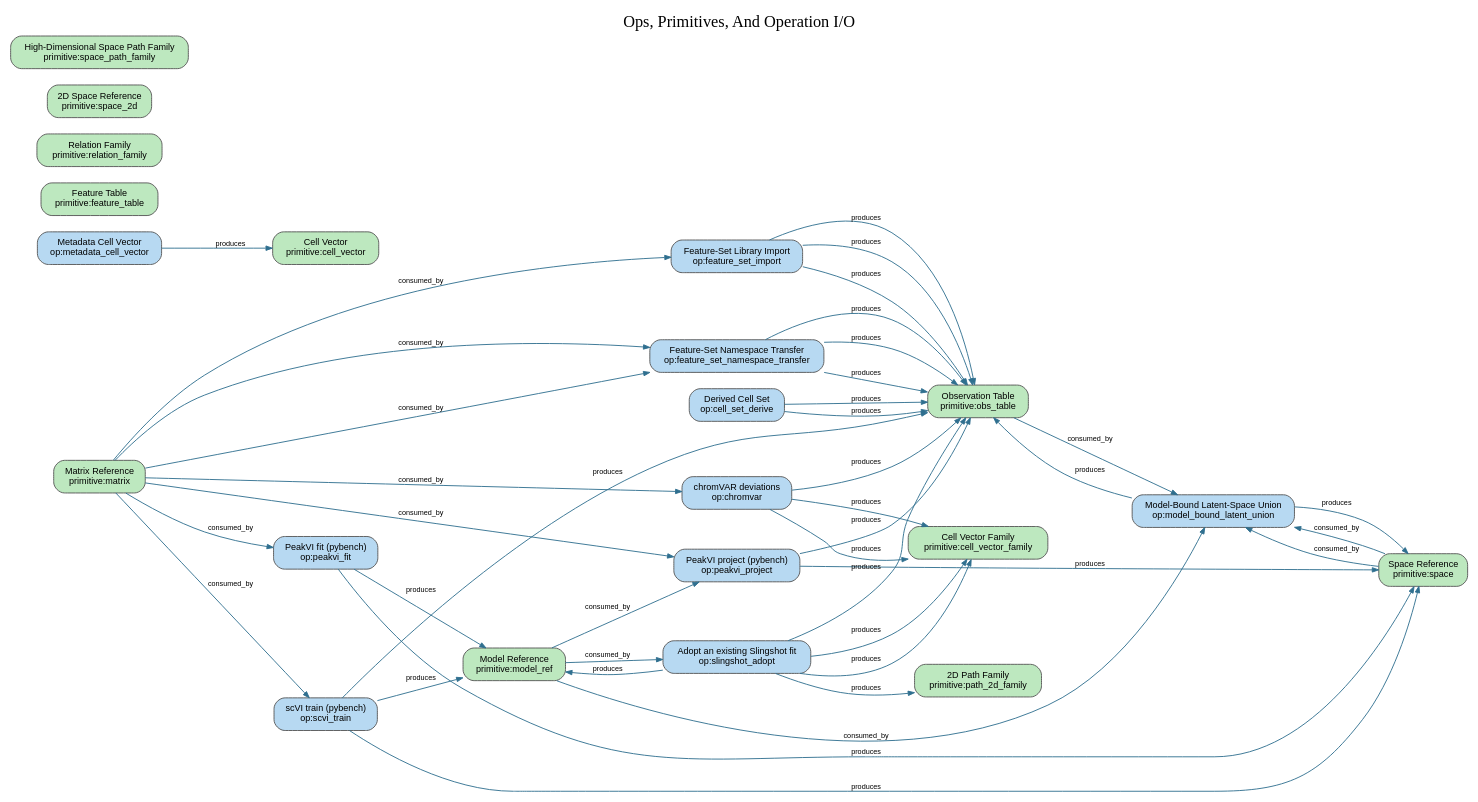
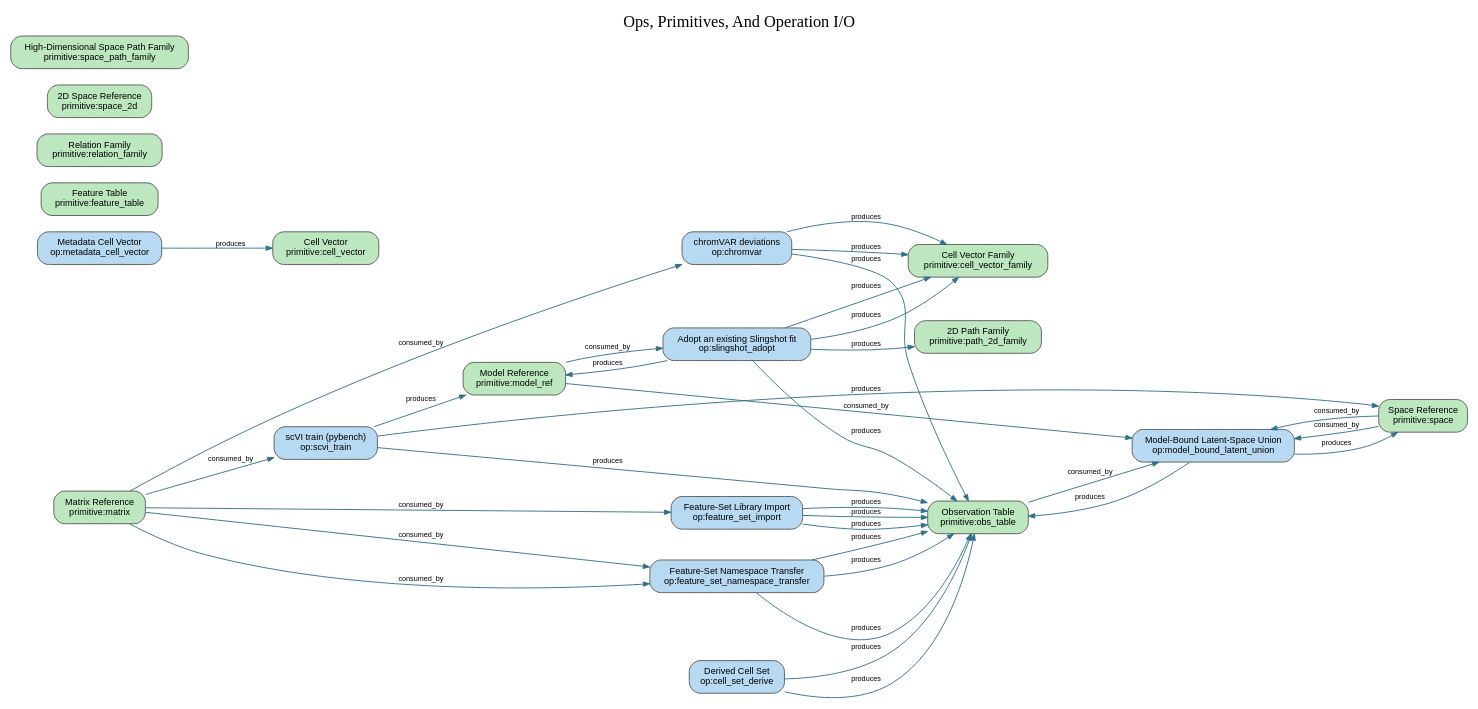
The diagram in docs/semantic_graphs/semantic_graph_ops_primitives.dot (Tingvall/scworkbench), drawn with Graphviz before and after one commit. The commit also changed 47 other files, not shown here.

```diff
--- a/docs/semantic_graphs/semantic_graph_ops_primitives.dot
+++ b/docs/semantic_graphs/semantic_graph_ops_primitives.dot
@@ -1,68 +1,59 @@
 digraph scworkbench_semantic_graph {
   graph [rankdir=LR, overlap=false, splines=true, bgcolor="white"];
   node [shape=box, style="rounded,filled", fontname="Helvetica", fontsize=10, color="#555555"];
   edge [fontname="Helvetica", fontsize=8, arrowsize=0.7];
   label="Ops, Primitives, And Operation I/O";
   labelloc="t";
   fontsize=18;
   n1 [label="Derived Cell Set\nop:cell_set_derive", fillcolor="#b7d9f2"];
   n2 [label="chromVAR deviations\nop:chromvar", fillcolor="#b7d9f2"];
   n3 [label="Feature-Set Library Import\nop:feature_set_import", fillcolor="#b7d9f2"];
   n4 [label="Feature-Set Namespace Transfer\nop:feature_set_namespace_transfer", fillcolor="#b7d9f2"];
   n5 [label="Metadata Cell Vector\nop:metadata_cell_vector", fillcolor="#b7d9f2"];
   n6 [label="Model-Bound Latent-Space Union\nop:model_bound_latent_union", fillcolor="#b7d9f2"];
-  n7 [label="PeakVI fit (pybench)\nop:peakvi_fit", fillcolor="#b7d9f2"];
-  n8 [label="PeakVI project (pybench)\nop:peakvi_project", fillcolor="#b7d9f2"];
-  n9 [label="scVI train (pybench)\nop:scvi_train", fillcolor="#b7d9f2"];
-  n10 [label="Adopt an existing Slingshot fit\nop:slingshot_adopt", fillcolor="#b7d9f2"];
-  n11 [label="Cell Vector\nprimitive:cell_vector", fillcolor="#bde8bf"];
-  n12 [label="Cell Vector Family\nprimitive:cell_vector_family", fillcolor="#bde8bf"];
-  n13 [label="Feature Table\nprimitive:feature_table", fillcolor="#bde8bf"];
-  n14 [label="Matrix Reference\nprimitive:matrix", fillcolor="#bde8bf"];
-  n15 [label="Model Reference\nprimitive:model_ref", fillcolor="#bde8bf"];
-  n16 [label="Observation Table\nprimitive:obs_table", fillcolor="#bde8bf"];
-  n17 [label="2D Path Family\nprimitive:path_2d_family", fillcolor="#bde8bf"];
-  n18 [label="Relation Family\nprimitive:relation_family", fillcolor="#bde8bf"];
-  n19 [label="Space Reference\nprimitive:space", fillcolor="#bde8bf"];
-  n20 [label="2D Space Reference\nprimitive:space_2d", fillcolor="#bde8bf"];
-  n21 [label="High-Dimensional Space Path Family\nprimitive:space_path_family", fillcolor="#bde8bf"];
-  n14 -> n2 [label="consumed_by", color="#2f6f8f"];
-  n14 -> n3 [label="consumed_by", color="#2f6f8f"];
-  n14 -> n4 [label="consumed_by", color="#2f6f8f"];
-  n14 -> n4 [label="consumed_by", color="#2f6f8f"];
-  n14 -> n7 [label="consumed_by", color="#2f6f8f"];
-  n14 -> n8 [label="consumed_by", color="#2f6f8f"];
-  n14 -> n9 [label="consumed_by", color="#2f6f8f"];
-  n15 -> n6 [label="consumed_by", color="#2f6f8f"];
-  n15 -> n8 [label="consumed_by", color="#2f6f8f"];
-  n15 -> n10 [label="consumed_by", color="#2f6f8f"];
-  n16 -> n6 [label="consumed_by", color="#2f6f8f"];
-  n19 -> n6 [label="consumed_by", color="#2f6f8f"];
-  n19 -> n6 [label="consumed_by", color="#2f6f8f"];
-  n1 -> n16 [label="produces", color="#2f6f8f"];
-  n1 -> n16 [label="produces", color="#2f6f8f"];
-  n2 -> n12 [label="produces", color="#2f6f8f"];
-  n2 -> n12 [label="produces", color="#2f6f8f"];
-  n2 -> n16 [label="produces", color="#2f6f8f"];
-  n3 -> n16 [label="produces", color="#2f6f8f"];
-  n3 -> n16 [label="produces", color="#2f6f8f"];
-  n3 -> n16 [label="produces", color="#2f6f8f"];
-  n4 -> n16 [label="produces", color="#2f6f8f"];
-  n4 -> n16 [label="produces", color="#2f6f8f"];
-  n4 -> n16 [label="produces", color="#2f6f8f"];
-  n5 -> n11 [label="produces", color="#2f6f8f"];
-  n6 -> n16 [label="produces", color="#2f6f8f"];
-  n6 -> n19 [label="produces", color="#2f6f8f"];
-  n7 -> n15 [label="produces", color="#2f6f8f"];
-  n7 -> n19 [label="produces", color="#2f6f8f"];
-  n8 -> n16 [label="produces", color="#2f6f8f"];
-  n8 -> n19 [label="produces", color="#2f6f8f"];
-  n9 -> n15 [label="produces", color="#2f6f8f"];
-  n9 -> n16 [label="produces", color="#2f6f8f"];
-  n9 -> n19 [label="produces", color="#2f6f8f"];
-  n10 -> n12 [label="produces", color="#2f6f8f"];
-  n10 -> n12 [label="produces", color="#2f6f8f"];
-  n10 -> n15 [label="produces", color="#2f6f8f"];
-  n10 -> n16 [label="produces", color="#2f6f8f"];
-  n10 -> n17 [label="produces", color="#2f6f8f"];
+  n7 [label="scVI train (pybench)\nop:scvi_train", fillcolor="#b7d9f2"];
+  n8 [label="Adopt an existing Slingshot fit\nop:slingshot_adopt", fillcolor="#b7d9f2"];
+  n9 [label="Cell Vector\nprimitive:cell_vector", fillcolor="#bde8bf"];
+  n10 [label="Cell Vector Family\nprimitive:cell_vector_family", fillcolor="#bde8bf"];
+  n11 [label="Feature Table\nprimitive:feature_table", fillcolor="#bde8bf"];
+  n12 [label="Matrix Reference\nprimitive:matrix", fillcolor="#bde8bf"];
+  n13 [label="Model Reference\nprimitive:model_ref", fillcolor="#bde8bf"];
+  n14 [label="Observation Table\nprimitive:obs_table", fillcolor="#bde8bf"];
+  n15 [label="2D Path Family\nprimitive:path_2d_family", fillcolor="#bde8bf"];
+  n16 [label="Relation Family\nprimitive:relation_family", fillcolor="#bde8bf"];
+  n17 [label="Space Reference\nprimitive:space", fillcolor="#bde8bf"];
+  n18 [label="2D Space Reference\nprimitive:space_2d", fillcolor="#bde8bf"];
+  n19 [label="High-Dimensional Space Path Family\nprimitive:space_path_family", fillcolor="#bde8bf"];
+  n12 -> n2 [label="consumed_by", color="#2f6f8f"];
+  n12 -> n3 [label="consumed_by", color="#2f6f8f"];
+  n12 -> n4 [label="consumed_by", color="#2f6f8f"];
+  n12 -> n4 [label="consumed_by", color="#2f6f8f"];
+  n12 -> n7 [label="consumed_by", color="#2f6f8f"];
+  n13 -> n6 [label="consumed_by", color="#2f6f8f"];
+  n13 -> n8 [label="consumed_by", color="#2f6f8f"];
+  n14 -> n6 [label="consumed_by", color="#2f6f8f"];
+  n17 -> n6 [label="consumed_by", color="#2f6f8f"];
+  n17 -> n6 [label="consumed_by", color="#2f6f8f"];
+  n1 -> n14 [label="produces", color="#2f6f8f"];
+  n1 -> n14 [label="produces", color="#2f6f8f"];
+  n2 -> n10 [label="produces", color="#2f6f8f"];
+  n2 -> n10 [label="produces", color="#2f6f8f"];
+  n2 -> n14 [label="produces", color="#2f6f8f"];
+  n3 -> n14 [label="produces", color="#2f6f8f"];
+  n3 -> n14 [label="produces", color="#2f6f8f"];
+  n3 -> n14 [label="produces", color="#2f6f8f"];
+  n4 -> n14 [label="produces", color="#2f6f8f"];
+  n4 -> n14 [label="produces", color="#2f6f8f"];
+  n4 -> n14 [label="produces", color="#2f6f8f"];
+  n5 -> n9 [label="produces", color="#2f6f8f"];
+  n6 -> n14 [label="produces", color="#2f6f8f"];
+  n6 -> n17 [label="produces", color="#2f6f8f"];
+  n7 -> n13 [label="produces", color="#2f6f8f"];
+  n7 -> n14 [label="produces", color="#2f6f8f"];
+  n7 -> n17 [label="produces", color="#2f6f8f"];
+  n8 -> n10 [label="produces", color="#2f6f8f"];
+  n8 -> n10 [label="produces", color="#2f6f8f"];
+  n8 -> n13 [label="produces", color="#2f6f8f"];
+  n8 -> n14 [label="produces", color="#2f6f8f"];
+  n8 -> n15 [label="produces", color="#2f6f8f"];
 }
```
